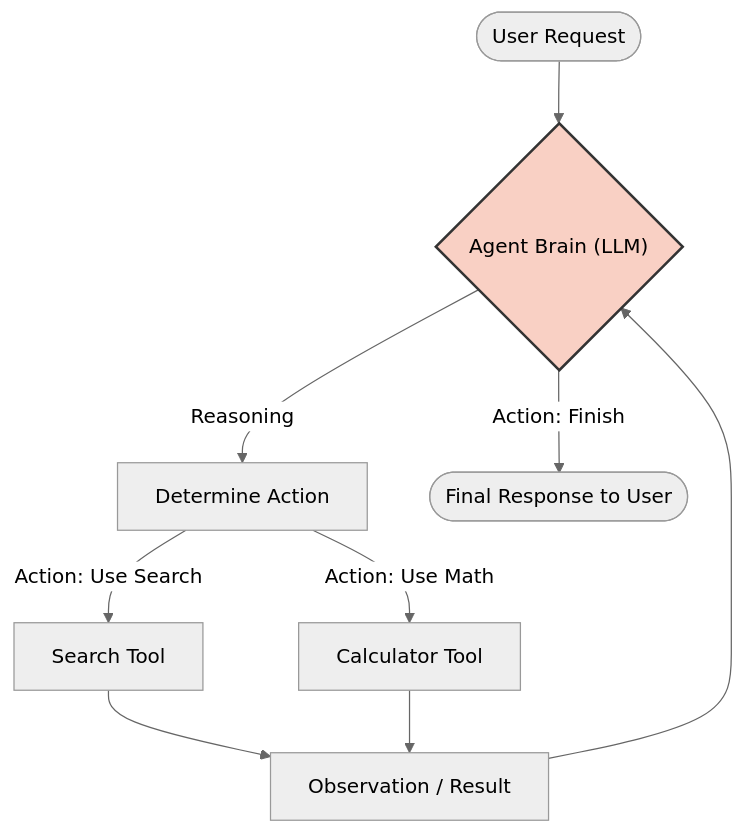
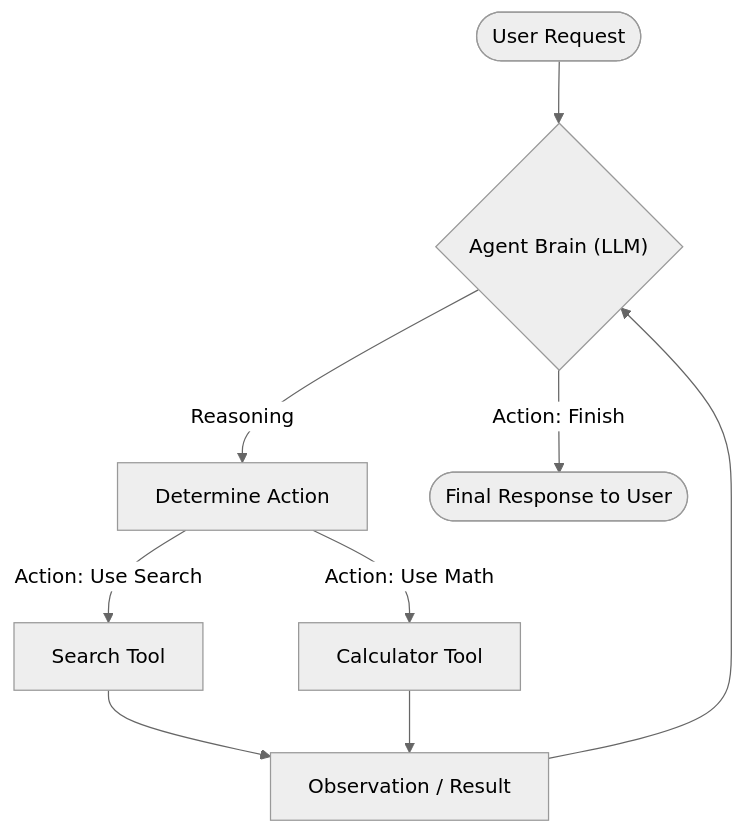
Before and after one commit to kaimibk/Software-Dev-Bootcamp: the second of 3 diagrams in docs/llms/intro-agents.md, drawn with Mermaid (neutral theme). The commit also changed other lines of this file, not shown here.

Commit message:
fix: change colors

````diff
--- a/docs/llms/intro-agents.md
+++ b/docs/llms/intro-agents.md
@@ -52,15 +52,11 @@
 ```mermaid
 graph TD
     A([User Request]) --> B{"Agent Brain (LLM)"}
     B -->|Reasoning| C[Determine Action]
     C -->|Action: Use Search| D[Search Tool]
     C -->|Action: Use Math| E[Calculator Tool]
     D --> F["Observation / Result"]
     E --> F
     F --> B
     B -->|Action: Finish| G([Final Response to User])
-    
-    classDef llm fill:#f9d0c4,stroke:#333,stroke-width:2px;
-    class B llm;
-
 ```
````
